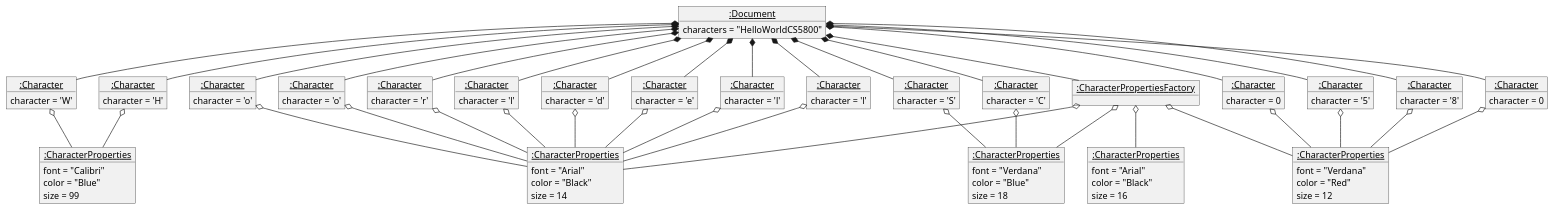
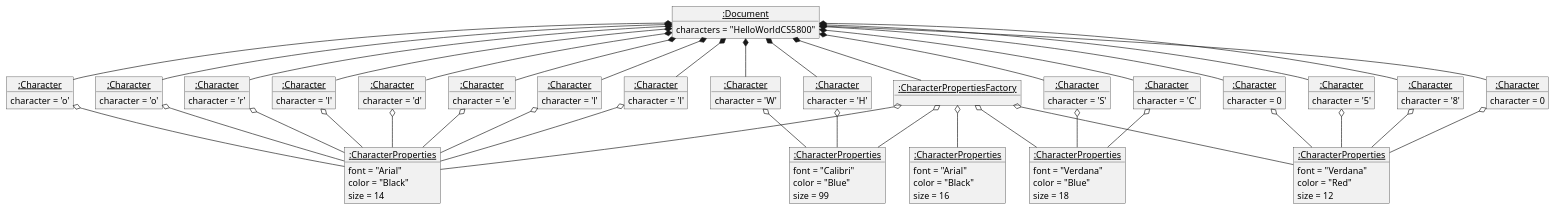
The diagram in assignment8/src/main/java/edu/cpp/cs5800/uml/object.puml (khaino/CS5800SE), drawn with PlantUML before and after one commit.

Commit message:
attach new char prop to factory object

```diff
--- a/assignment8/src/main/java/edu/cpp/cs5800/uml/object.puml
+++ b/assignment8/src/main/java/edu/cpp/cs5800/uml/object.puml
@@ -1,129 +1,131 @@
 @startuml
 'https://plantuml.com/object-diagram
 
 object "<u>:CharacterProperties</u>" as ab16 {
     font = "Arial"
     color = "Black"
     size = 16
 }
 
 object "<u>:CharacterProperties</u>" as ab14 {
     font = "Arial"
     color = "Black"
     size = 14
 }
 
 object "<u>:CharacterProperties</u>" as vb18 {
     font = "Verdana"
     color = "Blue"
     size = 18
 }
 
 object "<u>:CharacterProperties</u>" as vb12 {
     font = "Verdana"
     color = "Red"
     size = 12
 }
 
 object "<u>:CharacterProperties</u>" as cb99 {
     font = "Calibri"
     color = "Blue"
     size = 99
 }
 
 object "<u>:Character</u>" as H1 {
     character = 'H'
 }
 H1 o-- cb99
 
 object "<u>:Character</u>" as e1 {
     character = 'e'
 }
 e1 o-- ab14
 object "<u>:Character</u>" as l1 {
     character = 'l'
 }
 l1 o-- ab14
 object "<u>:Character</u>" as l2 {
     character = 'l'
 }
 l2 o-- ab14
 object "<u>:Character</u>" as o1 {
     character = 'o'
 }
 o1 o-- ab14
 object "<u>:Character</u>" as W1 {
     character = 'W'
 }
 W1 o-- cb99
 object "<u>:Character</u>" as o2 {
     character = 'o'
 }
 o2 o-- ab14
 object "<u>:Character</u>" as r1 {
     character = 'r'
 }
 r1 o-- ab14
 object "<u>:Character</u>" as l3 {
     character = 'l'
 }
 l3 o-- ab14
 object "<u>:Character</u>" as d1 {
     character = 'd'
 }
 d1 o-- ab14
 object "<u>:Character</u>" as C1 {
     character = 'C'
 }
 C1 o-- vb18
 object "<u>:Character</u>" as S1 {
     character = 'S'
 }
 S1 o-- vb18
 object "<u>:Character</u>" as 5 {
     character = '5'
 }
 5 o-- vb12
 object "<u>:Character</u>" as 8 {
     character = '8'
 }
 8 o-- vb12
 
 object "<u>:Character</u>" as 01 {
     character = 0
 }
 01 o-- vb12
 object "<u>:Character</u>" as 02 {
     character = 0
 }
 02 o-- vb12
 
 object "<u>:CharacterPropertiesFactory</u>" as fac {
 
 }
 fac o-- ab16
 fac o-- ab14
 fac o-- vb18
 fac o-- vb12
+fac o-- cb99
+
 
 object "<u>:Document</u>" as doc {
     characters = "HelloWorldCS5800"
 }
 doc *-- fac
 doc *-- H1
 doc *-- e1
 doc *-- l1
 doc *-- l2
 doc *-- o1
 doc *-- W1
 doc *-- o2
 doc *-- r1
 doc *-- l3
 doc *-- d1
 doc *-- C1
 doc *-- S1
 doc *-- 5
 doc *-- 8
 doc *-- 01
 doc *-- 02
 @enduml
```
